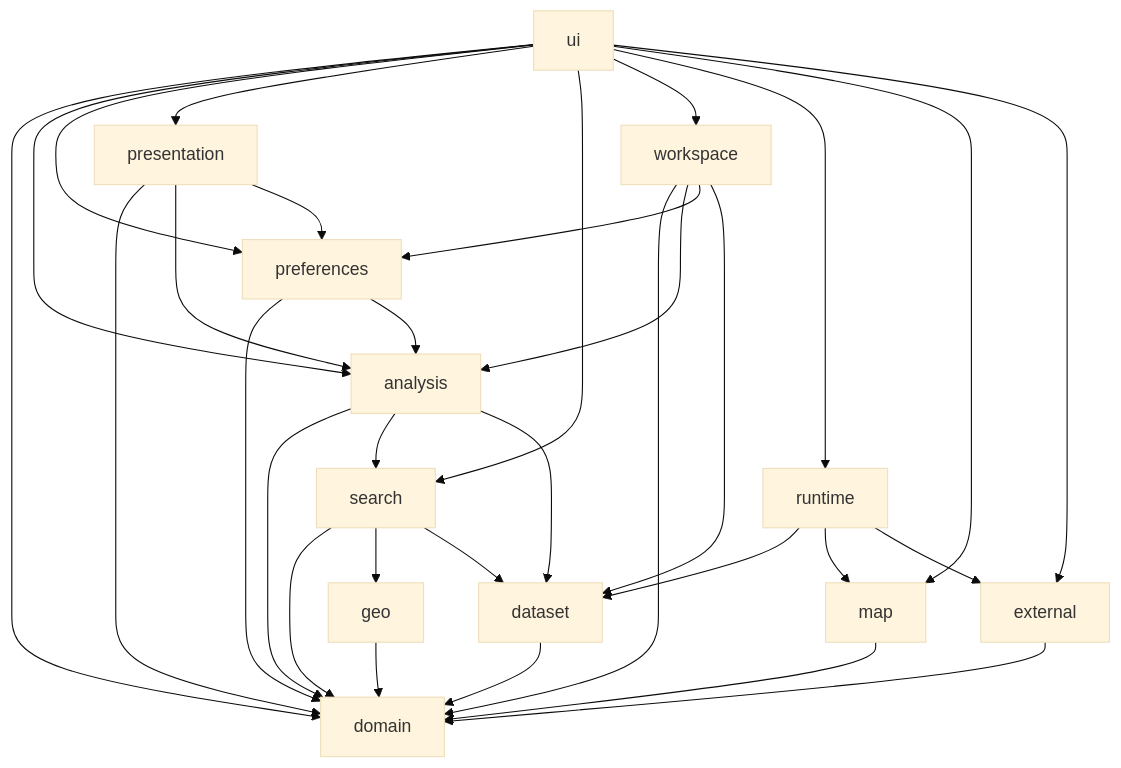
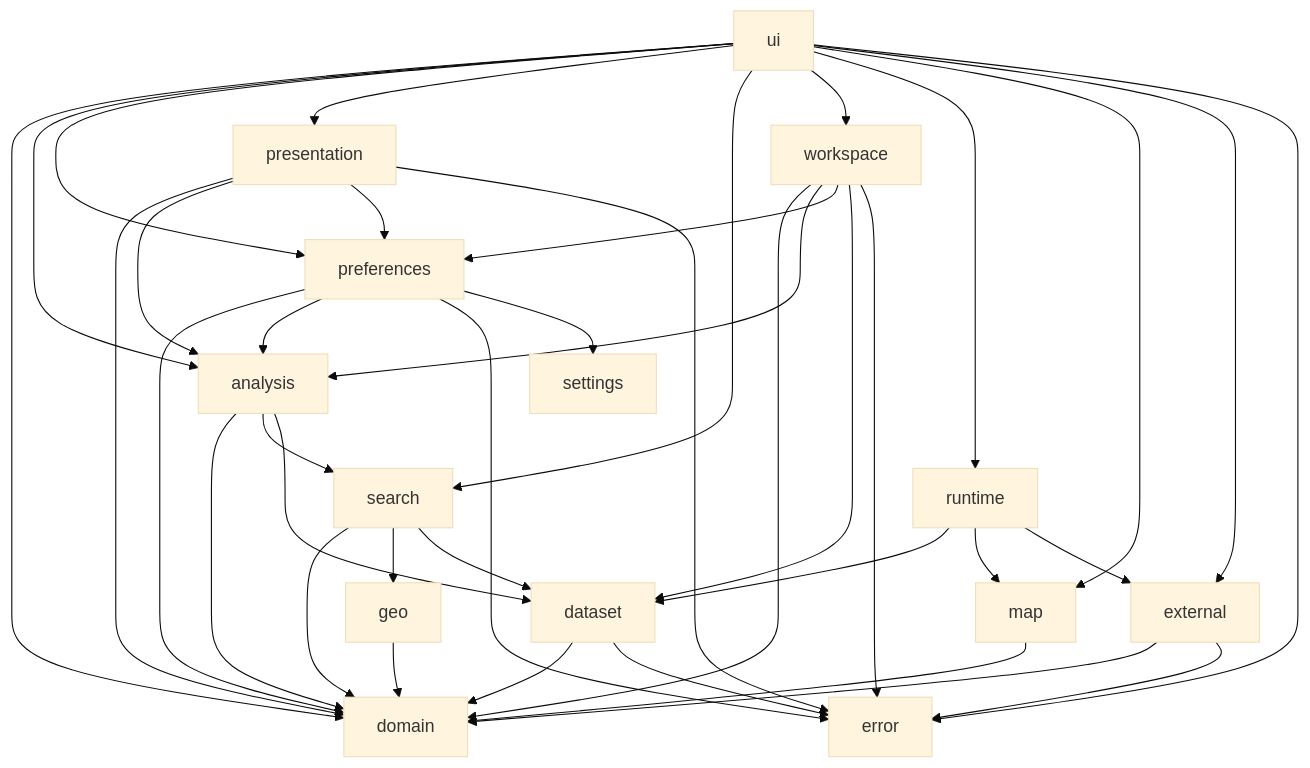
Before and after one commit to folk21/osmapdigger: the second of 2 diagrams in mobile/README.md, drawn with Mermaid (base theme). The commit also changed other lines of this file and 60 other files, not shown here.

````diff
--- a/mobile/README.md
+++ b/mobile/README.md
@@ -32,35 +32,44 @@
 ```mermaid
 flowchart TD
+    ERROR[error]
+    SETTINGS[settings]
     DOMAIN[domain]
     GEO[geo] --> DOMAIN
     DATASET[dataset] --> DOMAIN
+    DATASET --> ERROR
     MAP[map] --> DOMAIN
     EXTERNAL[external] --> DOMAIN
+    EXTERNAL --> ERROR
     SEARCH[search] --> DOMAIN
     SEARCH --> GEO
     SEARCH --> DATASET
     ANALYSIS[analysis] --> DOMAIN
     ANALYSIS --> SEARCH
     ANALYSIS --> DATASET
     PREFS[preferences] --> DOMAIN
     PREFS --> ANALYSIS
+    PREFS --> ERROR
+    PREFS --> SETTINGS
     PRESENT[presentation] --> DOMAIN
     PRESENT --> ANALYSIS
     PRESENT --> PREFS
+    PRESENT --> ERROR
     WORKSPACE[workspace] --> DOMAIN
     WORKSPACE --> ANALYSIS
     WORKSPACE --> PREFS
     WORKSPACE --> DATASET
+    WORKSPACE --> ERROR
     RUNTIME[runtime] --> DATASET
     RUNTIME --> MAP
     RUNTIME --> EXTERNAL
     UI[ui] --> DOMAIN
     UI --> ANALYSIS
     UI --> PREFS
     UI --> PRESENT
     UI --> SEARCH
     UI --> WORKSPACE
     UI --> RUNTIME
     UI --> MAP
     UI --> EXTERNAL
+    UI --> ERROR
 ```
````
